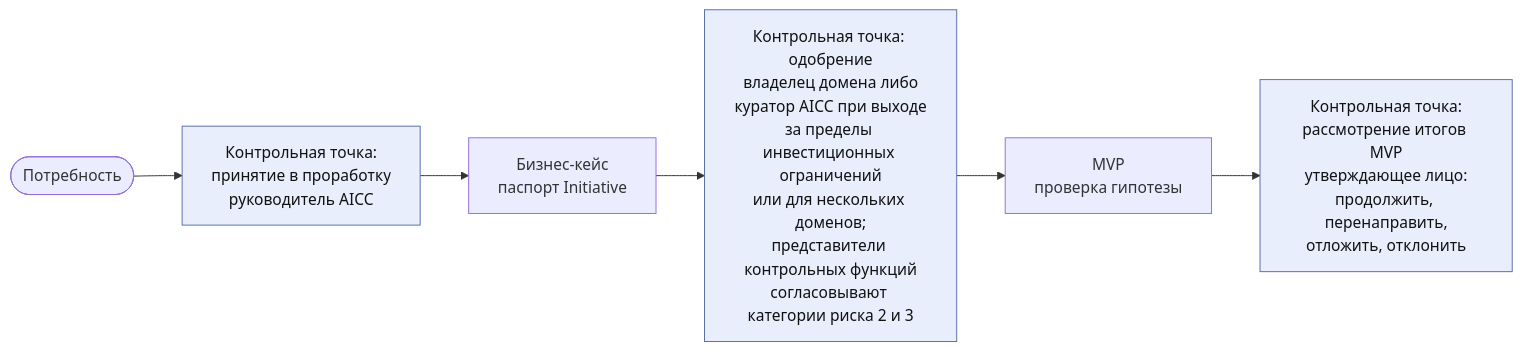
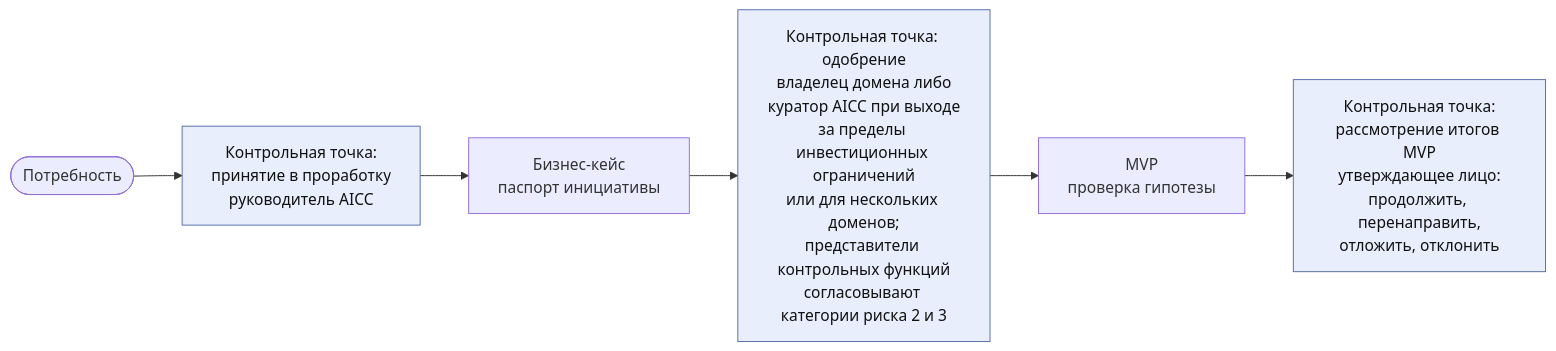
The second of 5 diagrams in charter/ru/guides/service-delivery-guide.md (devhogu/ob-aicc), drawn with Mermaid before and after one commit. The commit also changed other lines of this file and 150 other files, not shown here.

````diff
--- a/charter/ru/guides/service-delivery-guide.md
+++ b/charter/ru/guides/service-delivery-guide.md
@@ -48,10 +48,10 @@
 ```mermaid
 flowchart LR
   N(["Потребность"]) --> G1["Контрольная точка:<br/>принятие в проработку<br/>руководитель AICC"]
-  G1 --> BC["Бизнес-кейс<br/>паспорт Initiative"]
+  G1 --> BC["Бизнес-кейс<br/>паспорт инициативы"]
   BC --> G2["Контрольная точка: одобрение<br/>владелец домена либо<br/>куратор AICC при выходе<br/>за пределы инвестиционных ограничений<br/>или для нескольких доменов;<br/>представители контрольных функций<br/>согласовывают категории риска 2 и 3"]
   G2 --> MV["MVP<br/>проверка гипотезы"]
   MV --> G3["Контрольная точка:<br/>рассмотрение итогов MVP<br/>утверждающее лицо:<br/>продолжить, перенаправить,<br/>отложить, отклонить"]
   classDef gate fill:#e8eefc,stroke:#5a6fa8,color:#111
   class G1,G2,G3 gate
 ```
````
